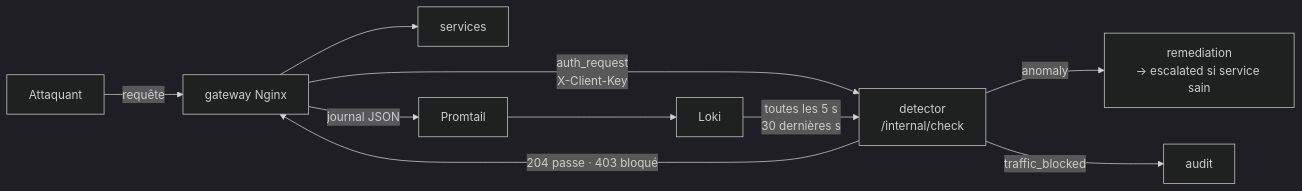
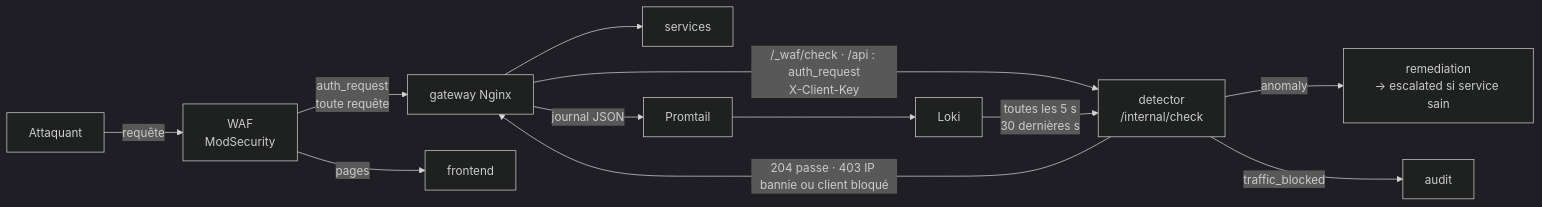
The fourth of 4 diagrams in docs/02-reprise-idempotence-ml.md (GouaidiaSeif/resilience-alpha), drawn with Mermaid (dark theme) before and after one commit. The commit also changed other lines of this file and 48 other files, not shown here.

````diff
--- a/docs/02-reprise-idempotence-ml.md
+++ b/docs/02-reprise-idempotence-ml.md
@@ -437,11 +425,13 @@
 ```mermaid
 flowchart LR
-    A[Attaquant] -->|requête| G[gateway Nginx]
-    G -->|auth_request<br/>X-Client-Key| D[detector<br/>/internal/check]
-    D -->|204 passe · 403 bloqué| G
+    A[Attaquant] -->|requête| W[WAF<br/>ModSecurity]
+    W -->|auth_request<br/>toute requête| G[gateway Nginx]
+    G -->|/_waf/check · /api : auth_request<br/>X-Client-Key| D[detector<br/>/internal/check]
+    D -->|204 passe · 403 IP bannie ou client bloqué| G
+    W -->|pages| F[frontend]
     G --> S[services]
     G -->|journal JSON| P[Promtail] --> L[Loki]
     L -->|toutes les 5 s<br/>30 dernières s| D
     D -->|anomaly| R[remediation<br/>→ escalated si service sain]
     D -->|traffic_blocked| AU[audit]
 ```
````
